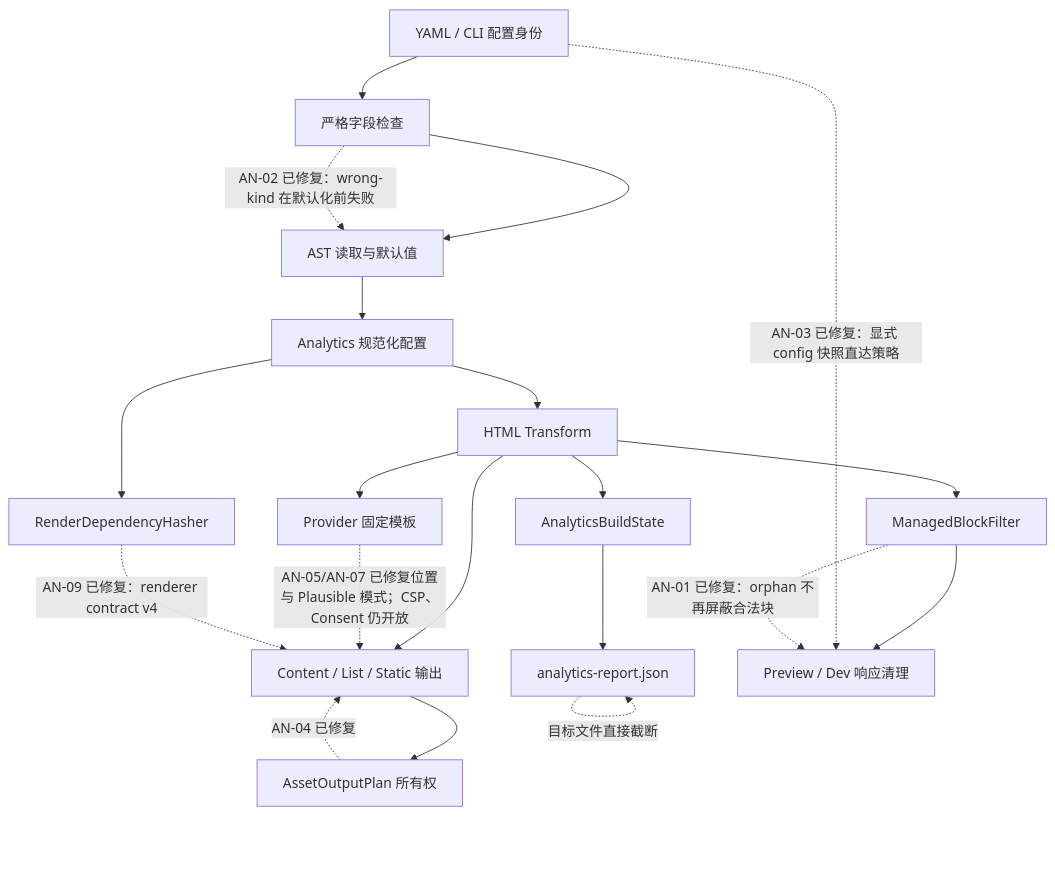
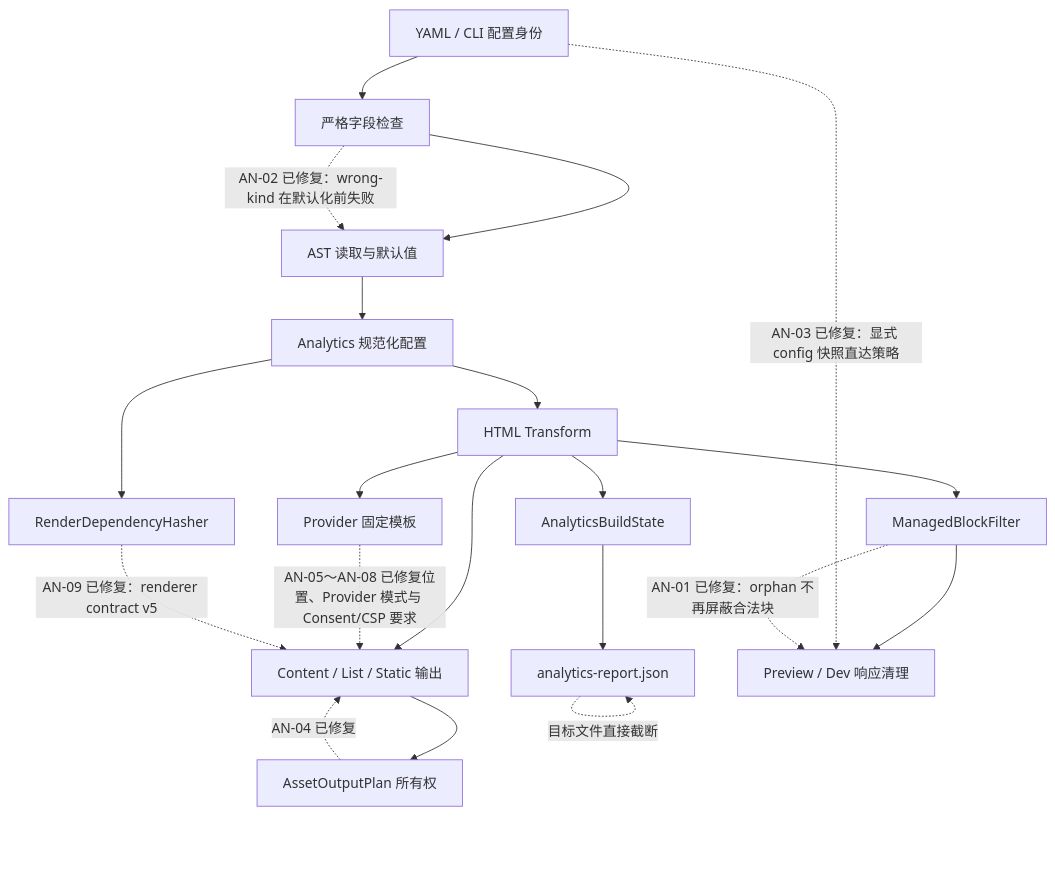
Before and after one commit to ALi365-SDN-BHD/Bukit: the diagram in docs/analysis/bukit-analytics-built-in-plugin-deep-audit-2026-07-18.zh-CN.md, drawn with Mermaid. The commit also changed other lines of this file and 29 other files, not shown here.

````diff
--- a/docs/analysis/bukit-analytics-built-in-plugin-deep-audit-2026-07-18.zh-CN.md
+++ b/docs/analysis/bukit-analytics-built-in-plugin-deep-audit-2026-07-18.zh-CN.md
@@ -77,23 +77,23 @@
 ```mermaid
 flowchart TD
     A["YAML / CLI 配置身份"] --> B["严格字段检查"]
     B --> C["AST 读取与默认值"]
     C --> D["Analytics 规范化配置"]
     D --> E["HTML Transform"]
     E --> F["ManagedBlockFilter"]
     E --> G["Provider 固定模板"]
     D --> H["RenderDependencyHasher"]
     E --> I["Content / List / Static 输出"]
     I --> J["AssetOutputPlan 所有权"]
     E --> K["AnalyticsBuildState"]
     K --> L["analytics-report.json"]
     F --> M["Preview / Dev 响应清理"]
 
     B -. "AN-02 已修复：wrong-kind 在默认化前失败" .-> C
     A -. "AN-03 已修复：显式 config 快照直达策略" .-> M
     F -. "AN-01 已修复：orphan 不再屏蔽合法块" .-> M
-    G -. "AN-05/AN-07 已修复位置与 Plausible 模式；CSP、Consent 仍开放" .-> I
-    H -. "AN-09 已修复：renderer contract v4" .-> I
+    G -. "AN-05～AN-08 已修复位置、Provider 模式与 Consent/CSP 要求" .-> I
+    H -. "AN-09 已修复：renderer contract v5" .-> I
     L -. "目标文件直接截断" .-> L
     J -. "AN-04 已修复" .-> I
 ```
````
